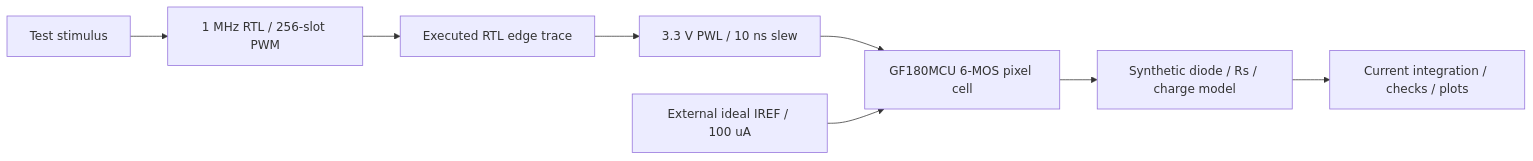
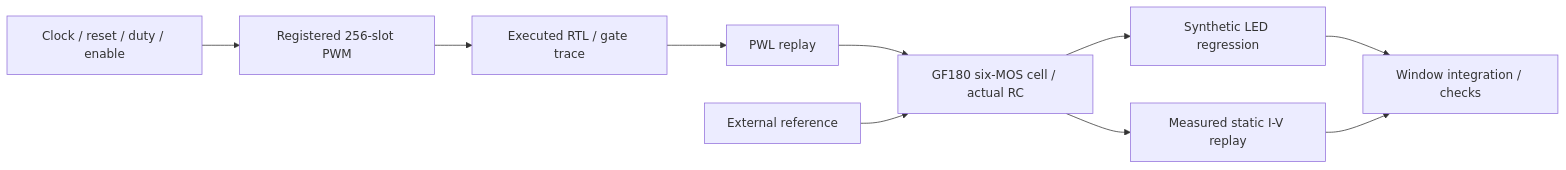
The diagram in README.md (Kevin-Kaiyo/open-microled-driver-asic), drawn with Mermaid before and after one commit. The commit also changed other lines of this file and 278 other files, not shown here.

First line of the commit message:
Advance one-pixel v0.2 with measured LED and physical PWM evidence

````diff
--- a/README.md
+++ b/README.md
@@ -26,10 +17,12 @@
 ```mermaid
 flowchart LR
-    TB[Test stimulus] --> RTL[1 MHz RTL / 256-slot PWM]
-    RTL --> CSV[Executed RTL edge trace]
-    CSV --> PWL[3.3 V PWL / 10 ns slew]
-    PWL --> MOS[GF180MCU 6-MOS pixel cell]
-    REF[External ideal IREF / 100 uA] --> MOS
-    MOS --> LED[Synthetic diode / Rs / charge model]
-    LED --> CHECK[Current integration / checks / plots]
+    INPUT[Clock / reset / duty / enable] --> PWM[Registered 256-slot PWM]
+    PWM --> TRACE[Executed RTL / gate trace]
+    TRACE --> BRIDGE[PWL replay]
+    BRIDGE --> CELL[GF180 six-MOS cell / actual RC]
+    REF[External reference] --> CELL
+    CELL --> SYN[Synthetic LED regression]
+    CELL --> IV[Measured static I-V replay]
+    SYN --> CHECK[Window integration / checks]
+    IV --> CHECK
 ```
````
